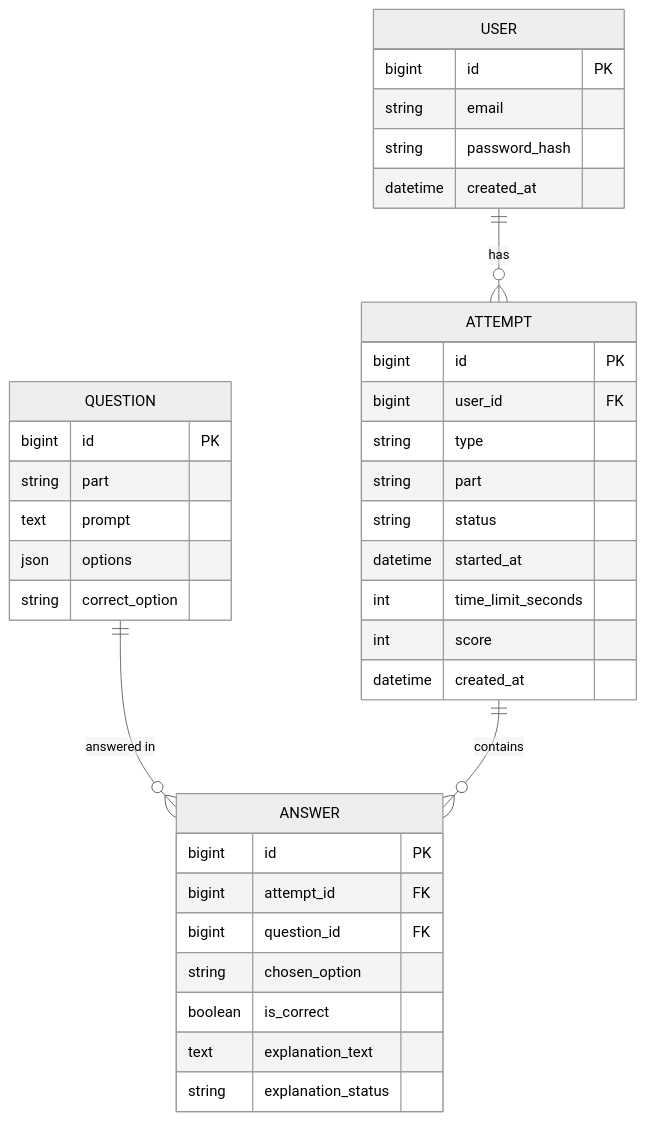
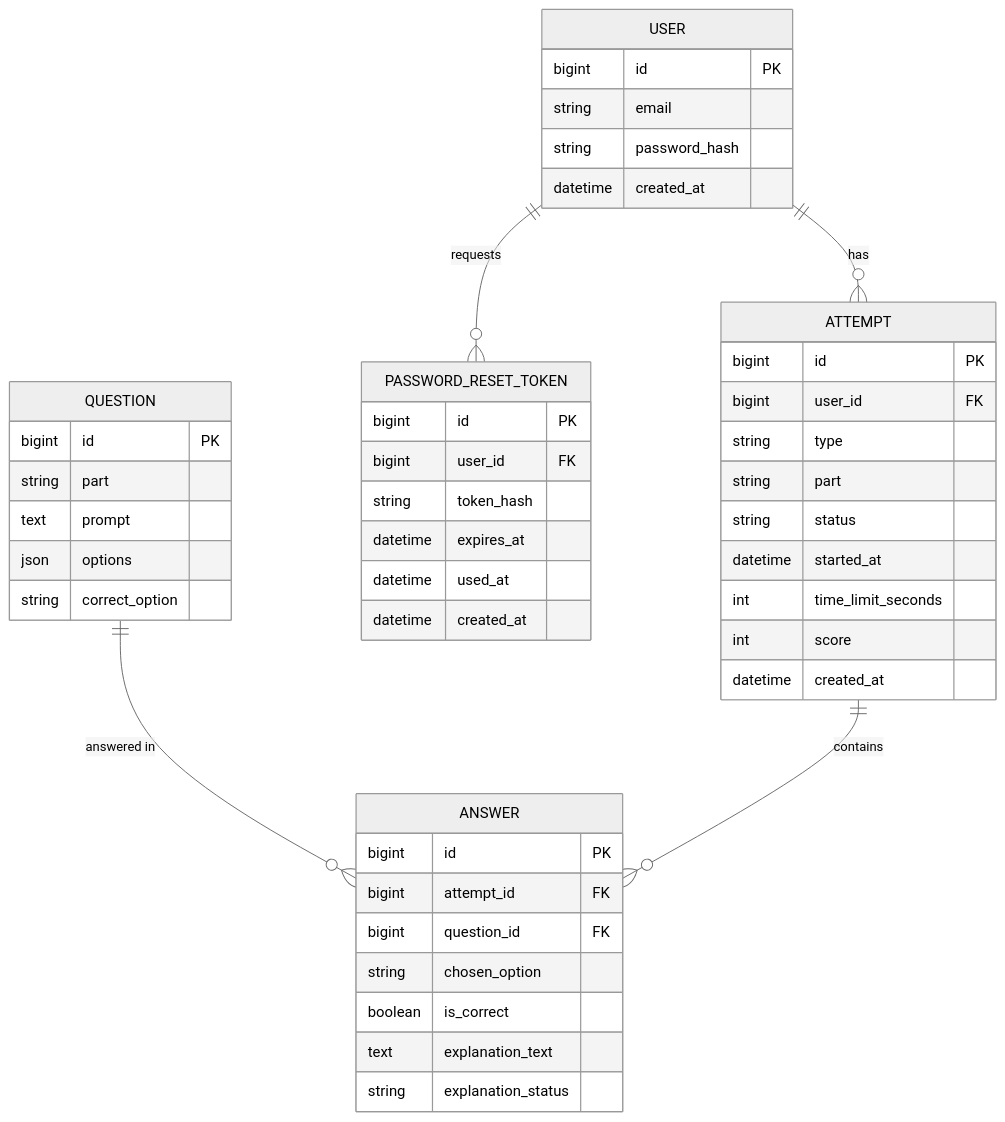
One commit to Thuyan7/EngCoach. changed the diagram in chapter-05-ai-for-software-design-architecture/design/data-model.mmd. Above: the diagram before and after it, drawn with Mermaid (neutral theme). The commit also changed 1 other file, not shown here.

Commit message:
docs(architecture): fill the password-reset design gap ahead of Slice S4
data-model.mmd and openapi.yaml both referenced password reset
(/auth/forgot-password, /auth/reset-password) without ever defining
what it actually needed: no reset-token entity in the data model, and
no requestBody on either endpoint. SLICE-S1-NOTES.md flagged this as
blocking S4; confirmed by inspection and approved by the team before
implementing S4.

- data-model.mmd: add PASSWORD_RESET_TOKEN (user_id FK, token_hash,
  expires_at, used_at, created_at) — hashed, time-limited, single-use
  per feature-specification.md §3.
- openapi.yaml: add requestBody to both endpoints (forgot-password:
  email; reset-password: token + newPassword) and a 422 response on
  reset-password for a too-short newPassword, matching the validation
  pattern already used on /auth/register.

Claude-Session: https://claude.ai/code/session_01XszzDWL4Yr8tJPfjfdaJhL

```diff
--- a/chapter-05-ai-for-software-design-architecture/design/data-model.mmd
+++ b/chapter-05-ai-for-software-design-architecture/design/data-model.mmd
@@ -1,38 +1,47 @@
 erDiagram
     USER ||--o{ ATTEMPT : has
+    USER ||--o{ PASSWORD_RESET_TOKEN : requests
     QUESTION ||--o{ ANSWER : "answered in"
     ATTEMPT ||--o{ ANSWER : contains
 
     USER {
         bigint id PK
         string email
         string password_hash
+        datetime created_at
+    }
+    PASSWORD_RESET_TOKEN {
+        bigint id PK
+        bigint user_id FK
+        string token_hash
+        datetime expires_at
+        datetime used_at
         datetime created_at
     }
     QUESTION {
         bigint id PK
         string part
         text prompt
         json options
         string correct_option
     }
     ATTEMPT {
         bigint id PK
         bigint user_id FK
         string type
         string part
         string status
         datetime started_at
         int time_limit_seconds
         int score
         datetime created_at
     }
     ANSWER {
         bigint id PK
         bigint attempt_id FK
         bigint question_id FK
         string chosen_option
         boolean is_correct
         text explanation_text
         string explanation_status
     }
```
